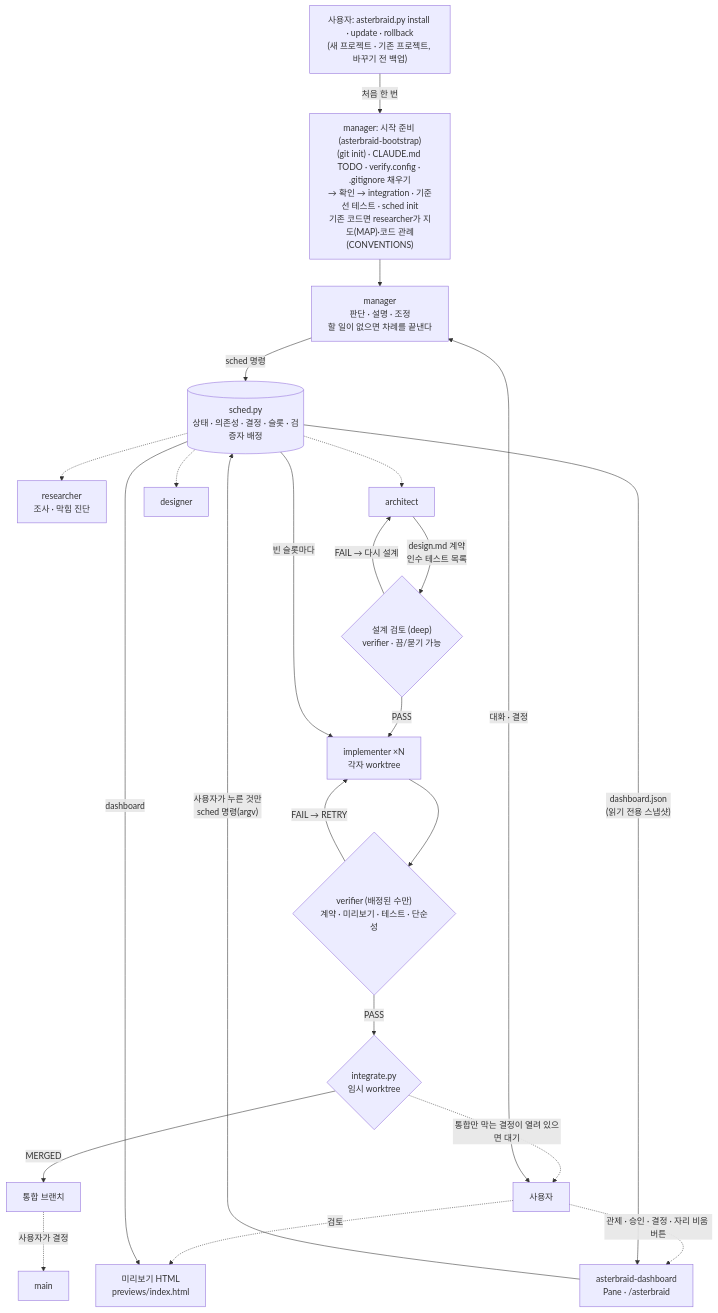
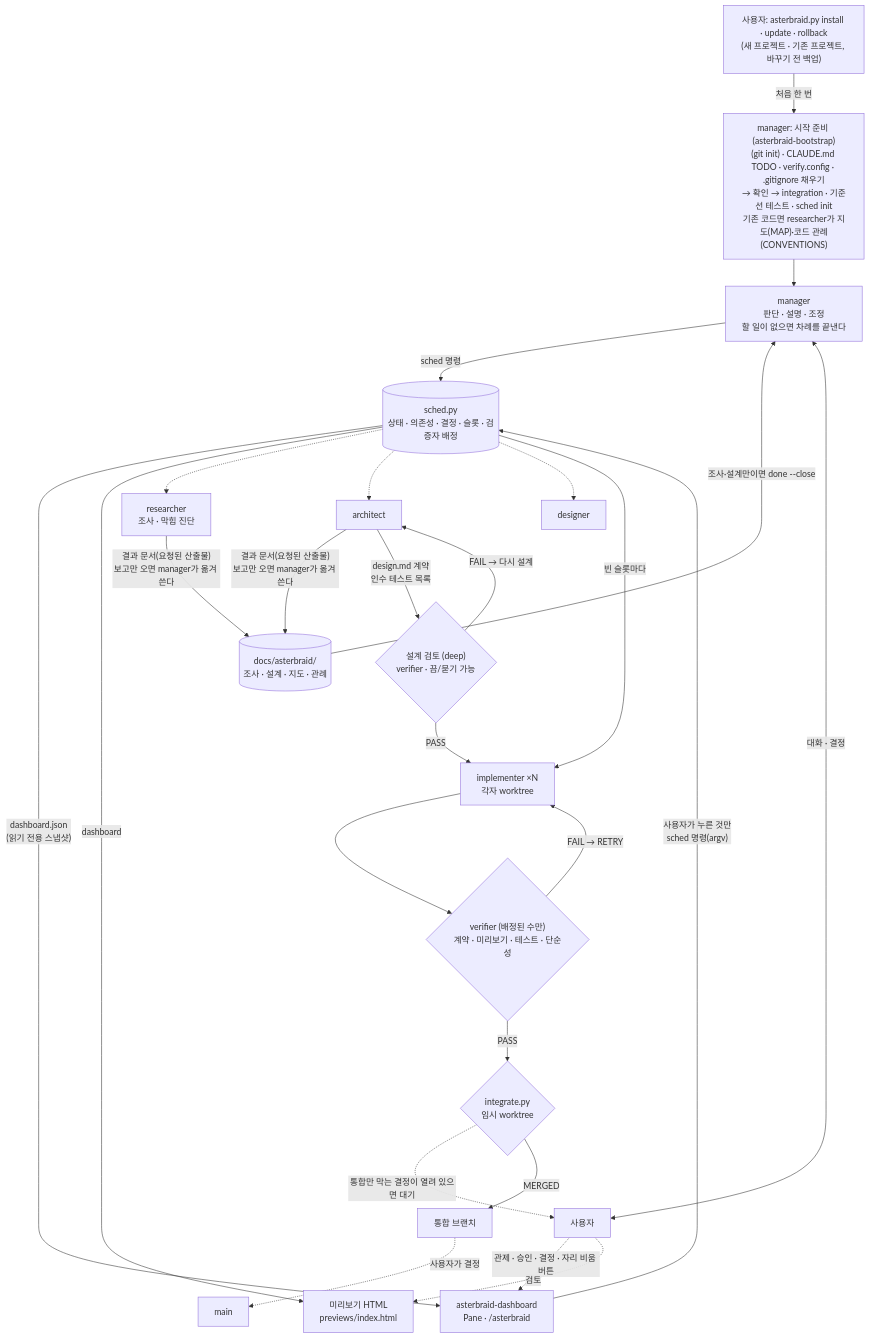
The diagram in asterbraid/README.md (ZaRi1l/harness-templates), drawn with Mermaid before and after one commit. The commit also changed other lines of this file and 17 other files, not shown here.

First line of the commit message:
feat(asterbraid): e2e6 사후 검토 결과를 반영해 산출물 파일·정리·엔진 검사·Mod 화면을 보강한다

````diff
--- a/asterbraid/README.md
+++ b/asterbraid/README.md
@@ -10,23 +17,25 @@
 ```mermaid
 flowchart TD
     IN["사용자: asterbraid.py install · update · rollback<br/>(새 프로젝트 · 기존 프로젝트, 바꾸기 전 백업)"] -->|"처음 한 번"| BS["manager: 시작 준비 (asterbraid-bootstrap)<br/>(git init) · CLAUDE.md TODO · verify.config · .gitignore 채우기<br/>→ 확인 → integration · 기준선 테스트 · sched init<br/>기존 코드면 researcher가 지도(MAP)·코드 관례(CONVENTIONS)"]
     BS --> M
     U["사용자"] <-->|"대화 · 결정"| M["manager<br/>판단 · 설명 · 조정<br/>할 일이 없으면 차례를 끝낸다"]
     U -.->|"관제 · 승인 · 결정 · 자리 비움 버튼"| P["asterbraid-dashboard<br/>Pane · /asterbraid"]
     U -.->|"검토"| H["미리보기 HTML<br/>previews/index.html"]
     M -->|"sched 명령"| S[("sched.py<br/>상태 · 의존성 · 결정 · 슬롯 · 검증자 배정")]
     P -->|"사용자가 누른 것만<br/>sched 명령(argv)"| S
     S -->|"dashboard.json<br/>(읽기 전용 스냅샷)"| P
     S -->|"dashboard"| H
     S -.-> R["researcher<br/>조사 · 막힘 진단"] & A["architect"] & D["designer"]
+    R & A -->|"결과 문서(요청된 산출물)<br/>보고만 오면 manager가 옮겨 쓴다"| DOC[("docs/asterbraid/<br/>조사 · 설계 · 지도 · 관례")]
+    DOC -->|"조사·설계만이면 done --close"| M
     A -->|"design.md 계약<br/>인수 테스트 목록"| DR{"설계 검토 (deep)<br/>verifier · 끔/묻기 가능"}
     DR -->|"FAIL → 다시 설계"| A
     DR -->|"PASS"| IM
     S -->|"빈 슬롯마다"| IM["implementer ×N<br/>각자 worktree"]
     IM --> V{"verifier (배정된 수만)<br/>계약 · 미리보기 · 테스트 · 단순성"}
     V -->|"FAIL → RETRY"| IM
     V -->|"PASS"| G{"integrate.py<br/>임시 worktree"}
     G -.->|"통합만 막는 결정이 열려 있으면 대기"| U
     G -->|"MERGED"| B["통합 브랜치"]
     B -.->|"사용자가 결정"| MAIN["main"]
 ```
````
